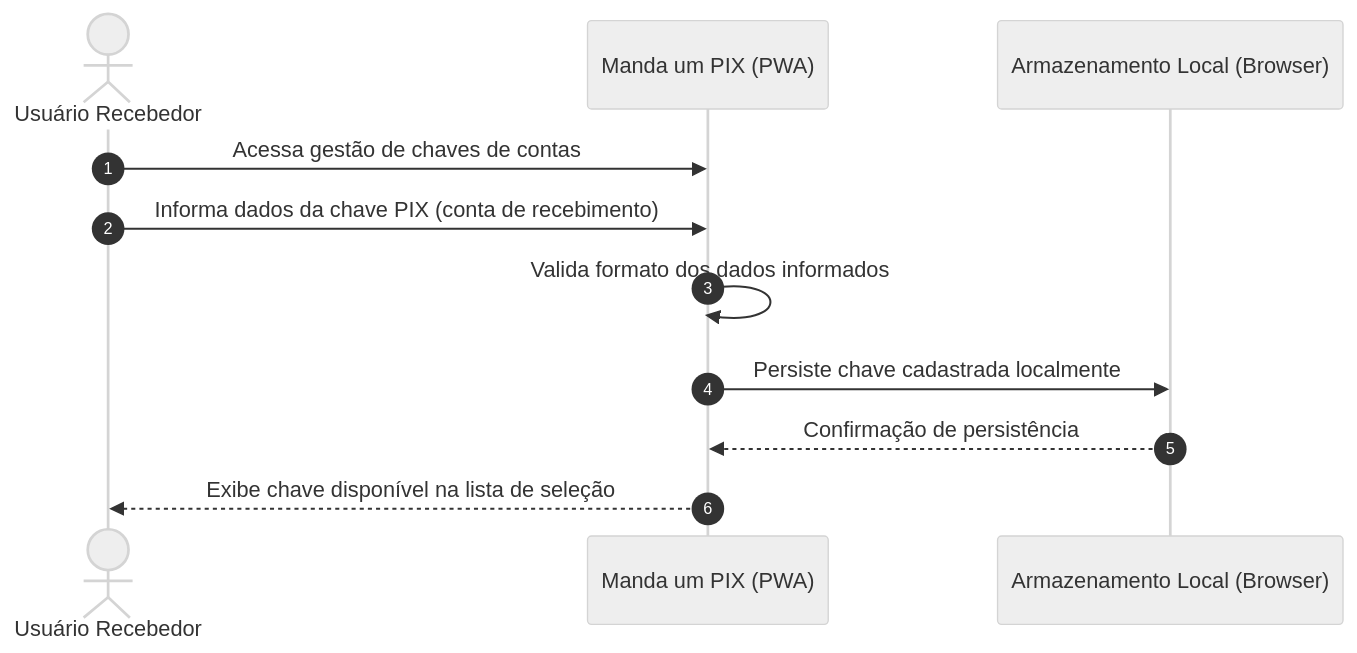
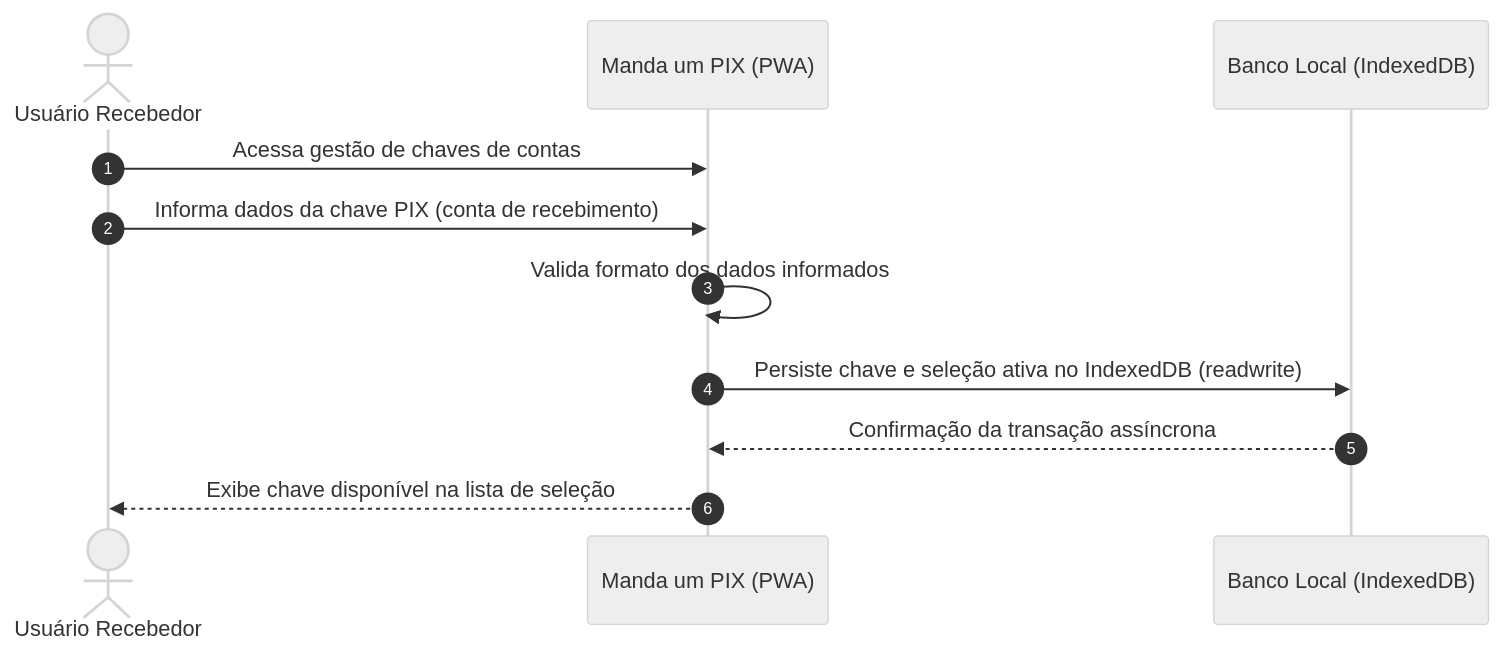
One commit to luizcanet/mandaumpix.app changed the first of 5 diagrams in docs/business/workflows.md. Above: the diagram before and after it, drawn with Mermaid (neutral theme). The commit also changed 13 other files, not shown here.

Commit message:
docs: update changelog and architecture documentation for local persistence and updates

````diff
--- a/docs/business/workflows.md
+++ b/docs/business/workflows.md
@@ -13,14 +13,14 @@
 ```mermaid
 sequenceDiagram
     autonumber
     actor U as Usuário Recebedor
     participant App as Manda um PIX (PWA)
-    participant Storage as Armazenamento Local (Browser)
+    participant Storage as Banco Local (IndexedDB)
 
     U->>App: Acessa gestão de chaves de contas
     U->>App: Informa dados da chave PIX (conta de recebimento)
     App->>App: Valida formato dos dados informados
-    App->>Storage: Persiste chave cadastrada localmente
-    Storage-->>App: Confirmação de persistência
+    App->>Storage: Persiste chave e seleção ativa no IndexedDB (readwrite)
+    Storage-->>App: Confirmação da transação assíncrona
     App-->>U: Exibe chave disponível na lista de seleção
 ```
````
